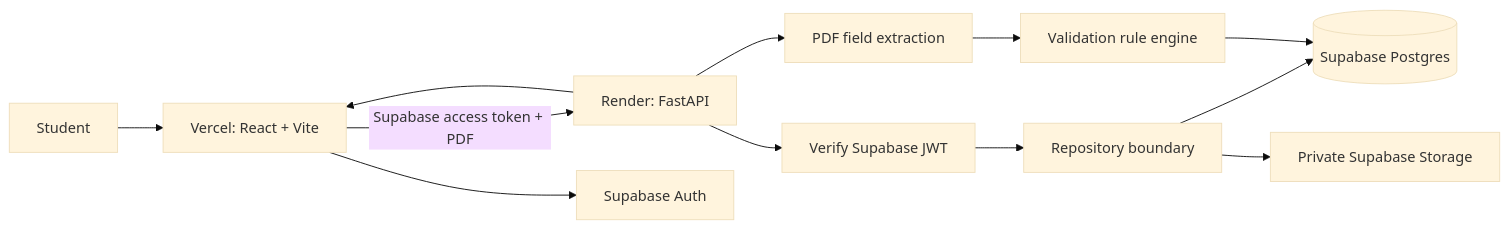
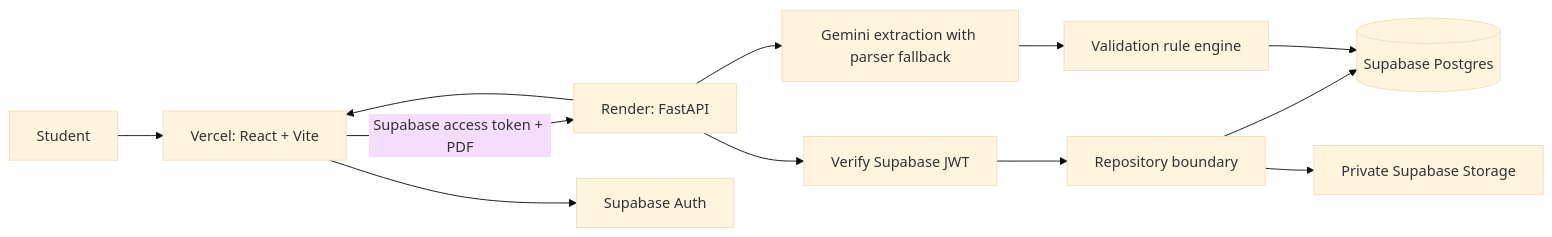
The diagram in README.md (ManavTri/TheVibeCoders-HackPSU-2026), drawn with Mermaid (base theme) before and after one commit. The commit also changed other lines of this file and 9 other files, not shown here.

Commit message:
docs(extraction): document Gemini setup and envelope

````diff
--- a/README.md
+++ b/README.md
@@ -9,14 +9,14 @@
 ```mermaid
 flowchart LR
   Student --> Web[Vercel: React + Vite]
   Web -->|Supabase access token + PDF| API[Render: FastAPI]
   Web --> Auth[Supabase Auth]
   API --> Verify[Verify Supabase JWT]
   Verify --> Repo[Repository boundary]
   Repo --> DB[(Supabase Postgres)]
   Repo --> Storage[Private Supabase Storage]
-  API --> Extract[PDF field extraction]
+  API --> Extract[Gemini extraction with parser fallback]
   Extract --> Rules[Validation rule engine]
   Rules --> DB
   API --> Web
 ```
````
